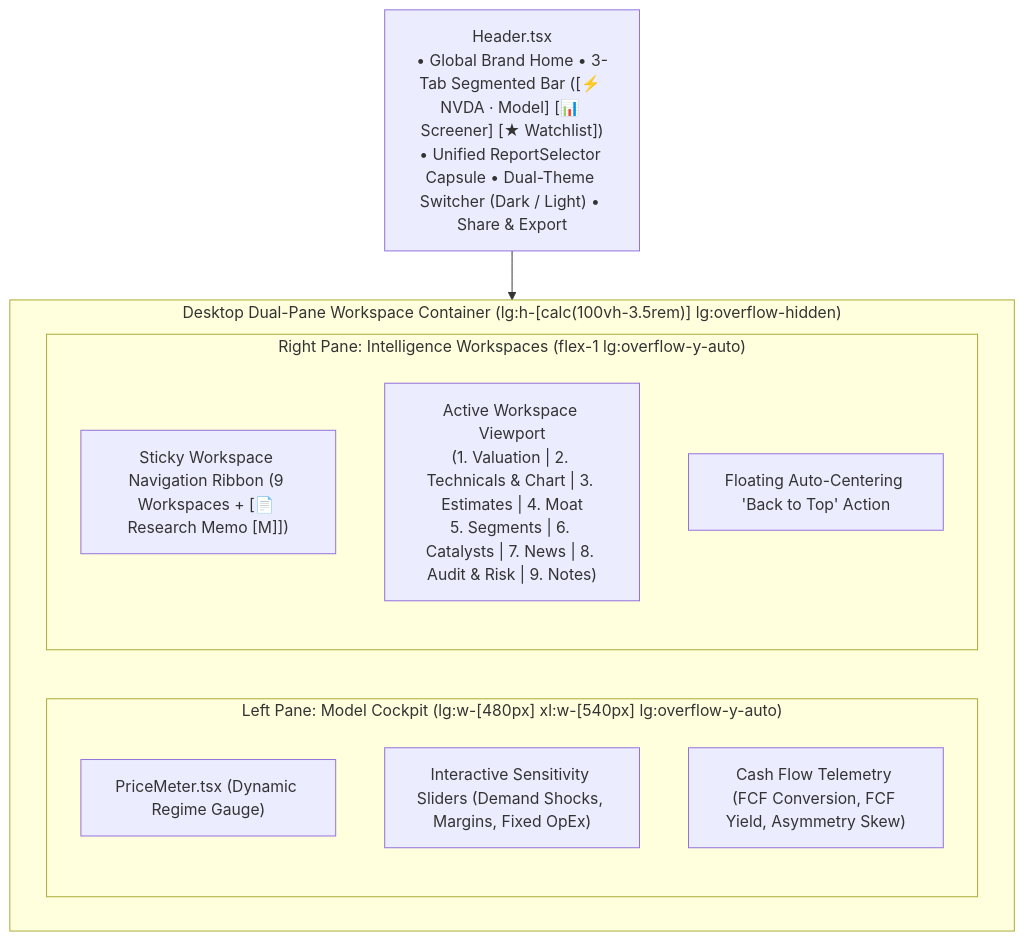
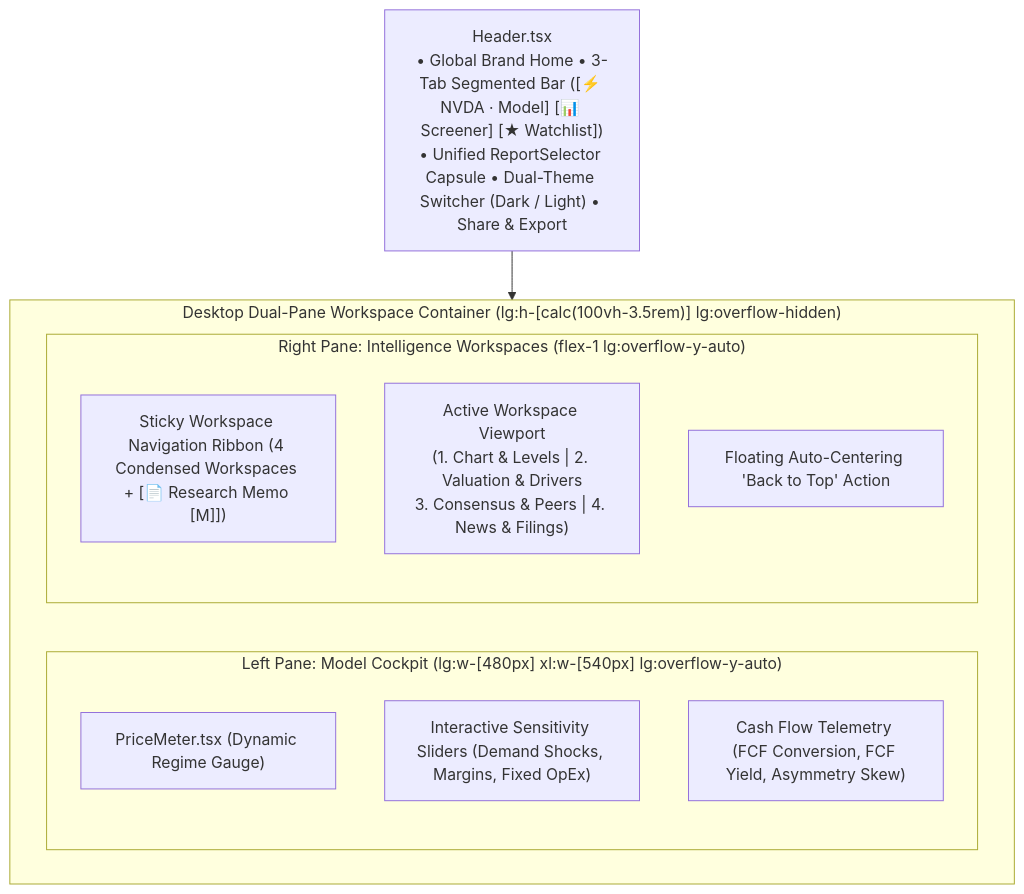
Before and after one commit to phanturne/stress-alpha: the second of 9 diagrams in docs/architecture.md, drawn with Mermaid. The commit also changed other lines of this file and 9 other files, not shown here.

First line of the commit message:
docs: refresh README interface screenshots, architecture diagrams & workspace specs (#16)

````diff
--- a/docs/architecture.md
+++ b/docs/architecture.md
@@ -87,20 +87,20 @@
 ```mermaid
 flowchart TD
     Header["Header.tsx\n• Global Brand Home • 3-Tab Segmented Bar ([⚡ NVDA · Model] [📊 Screener] [★ Watchlist])\n• Unified ReportSelector Capsule • Dual-Theme Switcher (Dark / Light) • Share & Export"]
 
     subgraph DualPaneLayout["Desktop Dual-Pane Workspace Container (lg:h-[calc(100vh-3.5rem)] lg:overflow-hidden)"]
         subgraph LeftPane["Left Pane: Model Cockpit (lg:w-[480px] xl:w-[540px] lg:overflow-y-auto)"]
             PriceMeter["PriceMeter.tsx (Dynamic Regime Gauge)"]
             Sliders["Interactive Sensitivity Sliders (Demand Shocks, Margins, Fixed OpEx)"]
             Telemetry["Cash Flow Telemetry (FCF Conversion, FCF Yield, Asymmetry Skew)"]
         end
 
         subgraph RightPane["Right Pane: Intelligence Workspaces (flex-1 lg:overflow-y-auto)"]
-            NavRibbon["Sticky Workspace Navigation Ribbon (9 Workspaces + [📄 Research Memo [M]])"]
-            TabsContainer["Active Workspace Viewport\n(1. Valuation | 2. Technicals & Chart | 3. Estimates | 4. Moat\n5. Segments | 6. Catalysts | 7. News | 8. Audit & Risk | 9. Notes)"]
+            NavRibbon["Sticky Workspace Navigation Ribbon (4 Condensed Workspaces + [📄 Research Memo [M]])"]
+            TabsContainer["Active Workspace Viewport\n(1. Chart & Levels | 2. Valuation & Drivers\n3. Consensus & Peers | 4. News & Filings)"]
             BackToTop["Floating Auto-Centering 'Back to Top' Action"]
         end
     end
 
     Header --> DualPaneLayout
 ```
````
